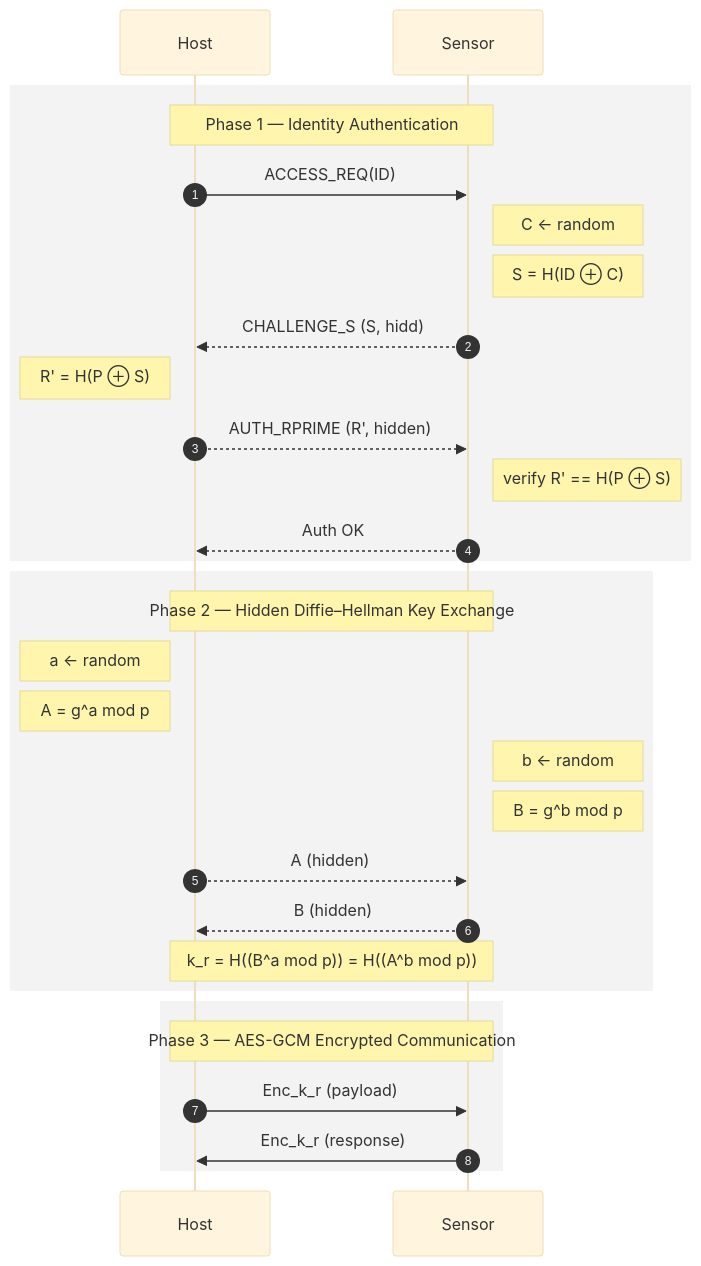
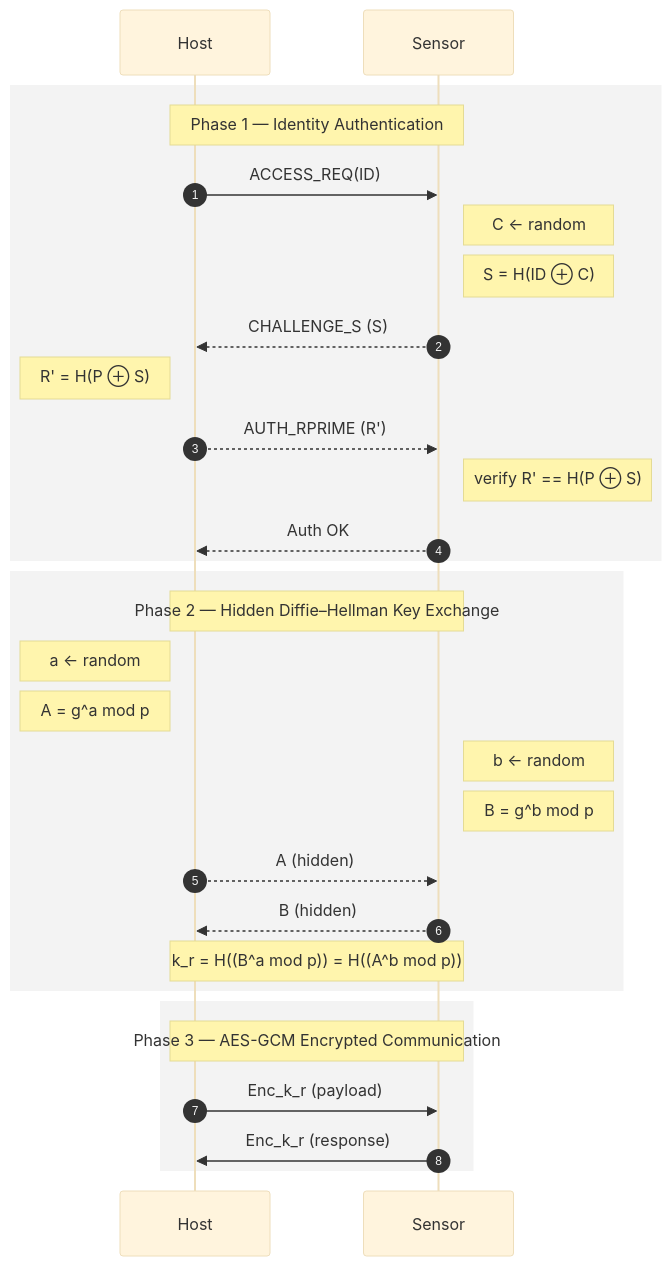
The diagram in all/kr.md (TracerWWW/iodraw-files), drawn with Mermaid (base theme) before and after one commit.

Commit message:
2026-01-30 02:45:18 update

````diff
--- a/all/kr.md
+++ b/all/kr.md
@@ -1,57 +1,59 @@
 ```mermaid
 sequenceDiagram
     autonumber
     participant Host
     participant Sensor
 
     %% =========================
     %% Phase 1: Identity Authentication
     %% =========================
     rect rgba(220,220,220,0.35)
     Note over Host,Sensor: Phase 1 — Identity Authentication
 
+    
+
     Host->>Sensor: ACCESS_REQ(ID)
 
     Note right of Sensor: C ← random
     Note right of Sensor: S = H(ID ⊕ C)
 
-    Sensor-->>Host: CHALLENGE_S (S, hidd)
+    Sensor-->>Host: CHALLENGE_S (S)
 
     Note left of Host: R' = H(P ⊕ S)
 
-    Host-->>Sensor: AUTH_RPRIME (R', hidden)
+    Host-->>Sensor: AUTH_RPRIME (R')
 
     Note right of Sensor: verify R' == H(P ⊕ S)
 
     Sensor-->>Host: Auth OK
     end
 
     %% =========================
     %% Phase 2: Hidden Diffie–Hellman
     %% =========================
     rect rgba(220,220,220,0.35)
     Note over Host,Sensor: Phase 2 — Hidden Diffie–Hellman Key Exchange
 
     Note left of Host: a ← random
     Note left of Host: A = g^a mod p
 
     Note right of Sensor: b ← random
     Note right of Sensor: B = g^b mod p
 
     Host-->>Sensor: A (hidden)
     Sensor-->>Host: B (hidden)
 
     Note over Host,Sensor: k_r = H((B^a mod p)) = H((A^b mod p))
     end
 
     %% =========================
     %% Phase 3: Encrypted Communication
     %% =========================
     rect rgba(220,220,220,0.35)
     Note over Host,Sensor: Phase 3 — AES-GCM Encrypted Communication
 
     Host->>Sensor: Enc_k_r (payload)
     Sensor->>Host: Enc_k_r (response)
     end
 
 ```
````
